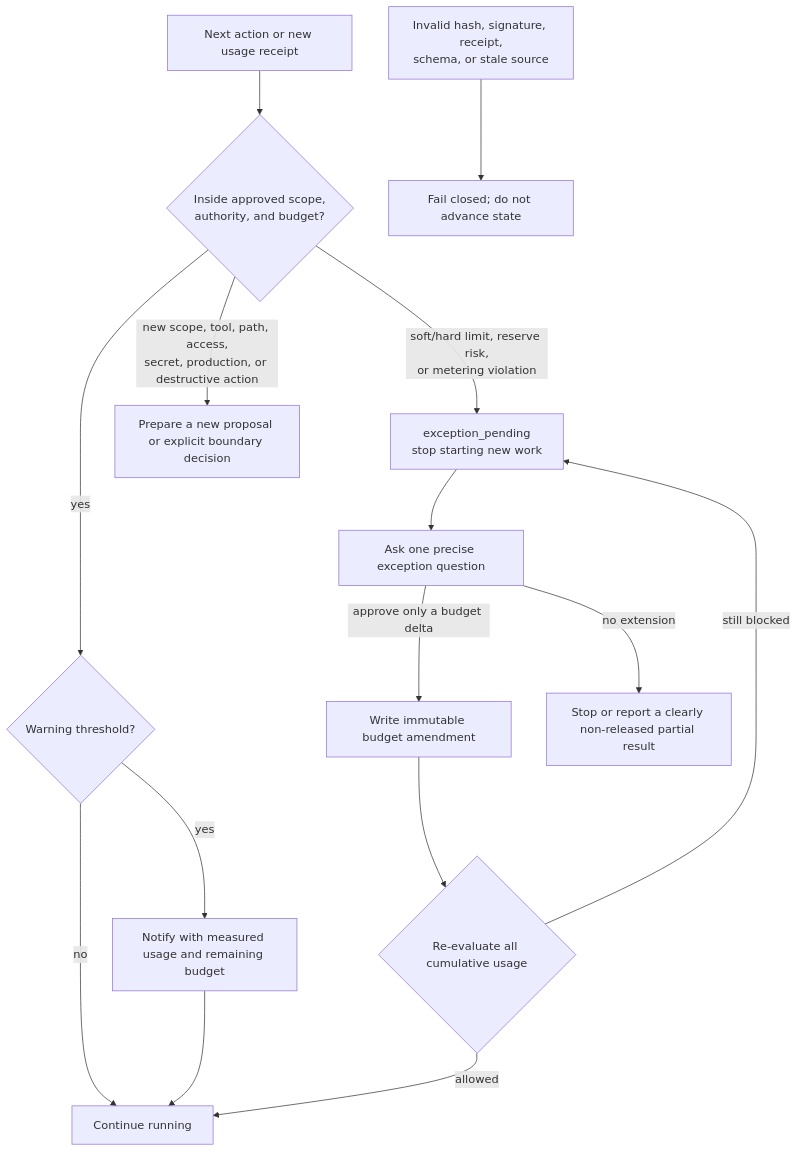
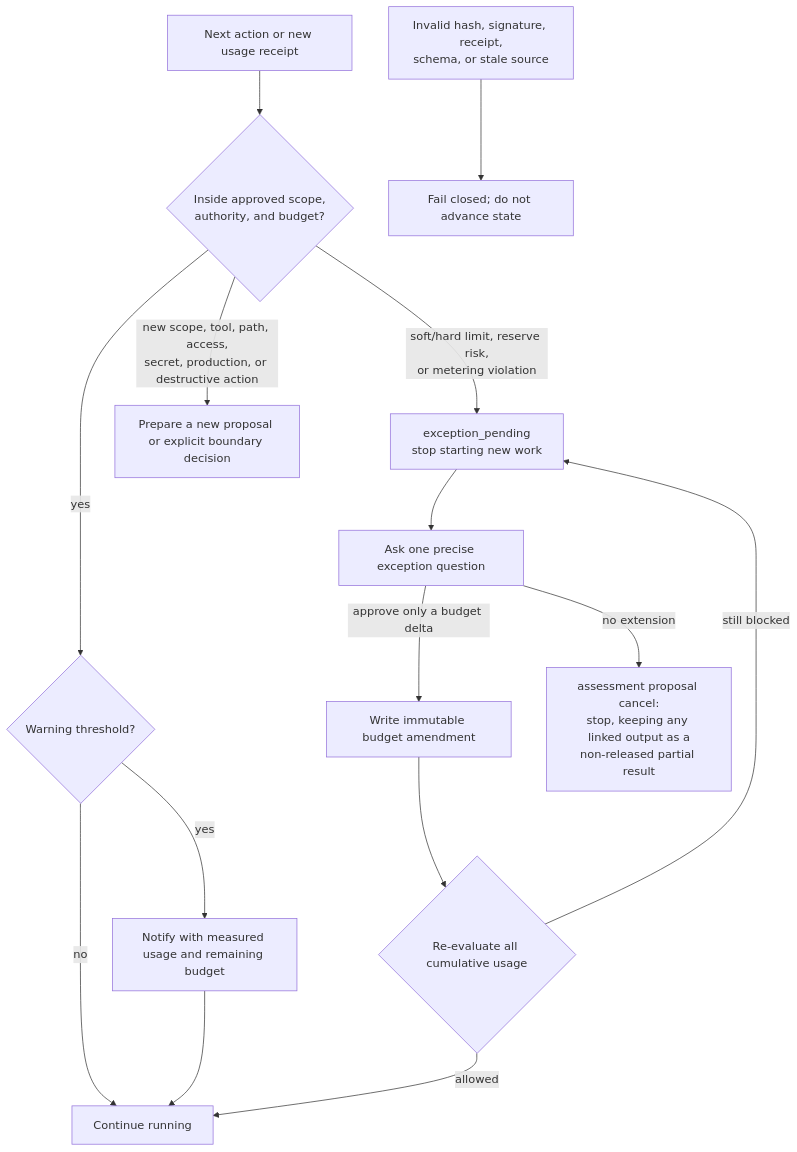
The fifth of 5 diagrams in docs/how-it-works.md (aantenore/agentic-sdlc), drawn with Mermaid before and after one commit. The commit also changed other lines of this file and 8 other files, not shown here.

First line of the commit message:
feat(assessment): add assessment proposal cancel for stop and partial delivery

````diff
--- a/docs/how-it-works.md
+++ b/docs/how-it-works.md
@@ -709,19 +709,19 @@
 ```mermaid
 flowchart TD
   X["Next action or new usage receipt"] --> B{"Inside approved scope,<br/>authority, and budget?"}
   B -->|"yes"| W{"Warning threshold?"}
   W -->|"no"| C["Continue running"]
   W -->|"yes"| N["Notify with measured usage and remaining budget"]
   N --> C
 
   B -->|"soft/hard limit, reserve risk,<br/>or metering violation"| E["exception_pending<br/>stop starting new work"]
   E --> Q["Ask one precise exception question"]
   Q -->|"approve only a budget delta"| A["Write immutable budget amendment"]
   A --> RE{"Re-evaluate all cumulative usage"}
   RE -->|"allowed"| C
   RE -->|"still blocked"| E
-  Q -->|"no extension"| P["Stop or report a clearly non-released partial result"]
+  Q -->|"no extension"| P["assessment proposal cancel:<br/>stop, keeping any linked output as a<br/>non-released partial result"]
 
   B -->|"new scope, tool, path, access,<br/>secret, production, or destructive action"| NP["Prepare a new proposal or explicit boundary decision"]
   I["Invalid hash, signature, receipt,<br/>schema, or stale source"] --> F["Fail closed; do not advance state"]
 ```
````
